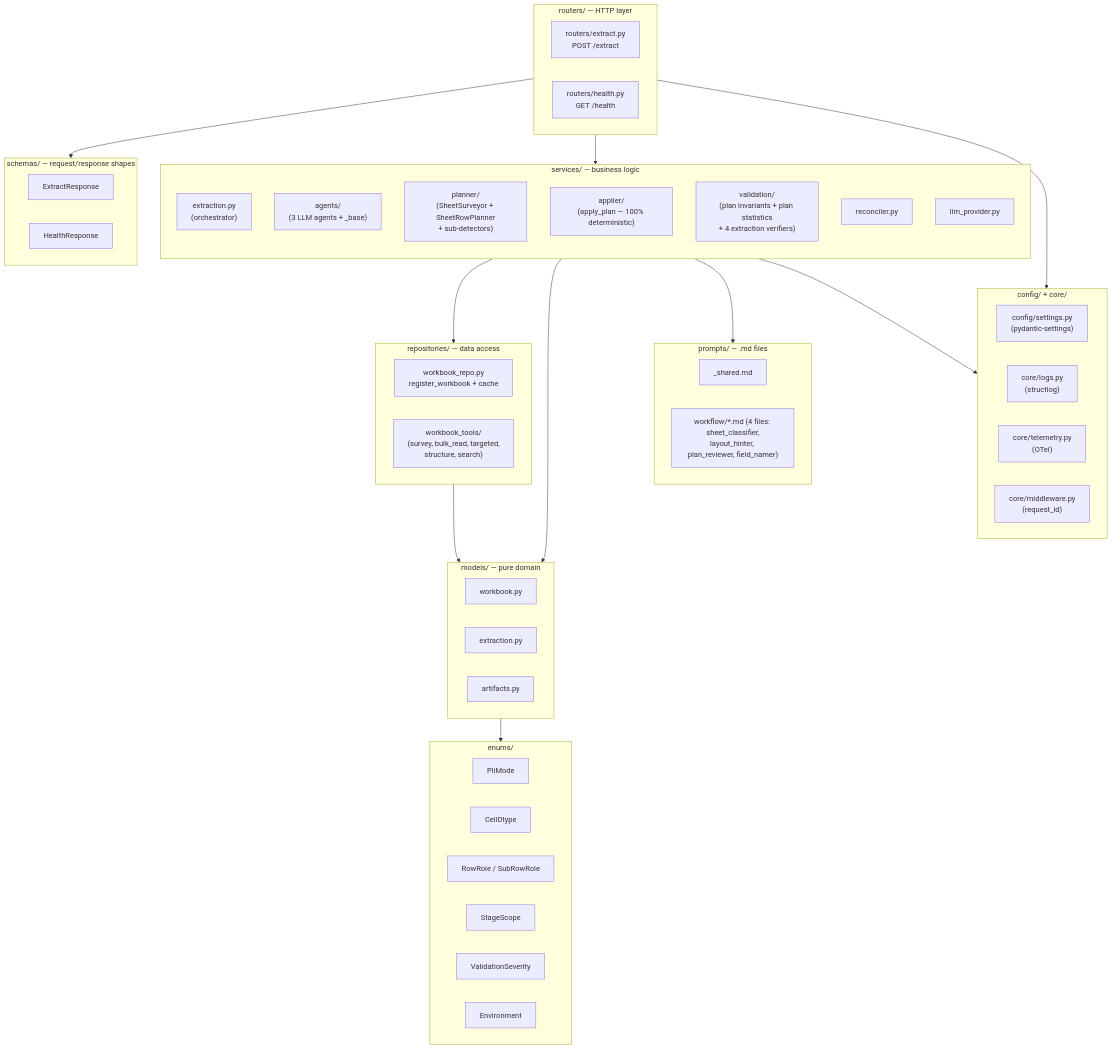
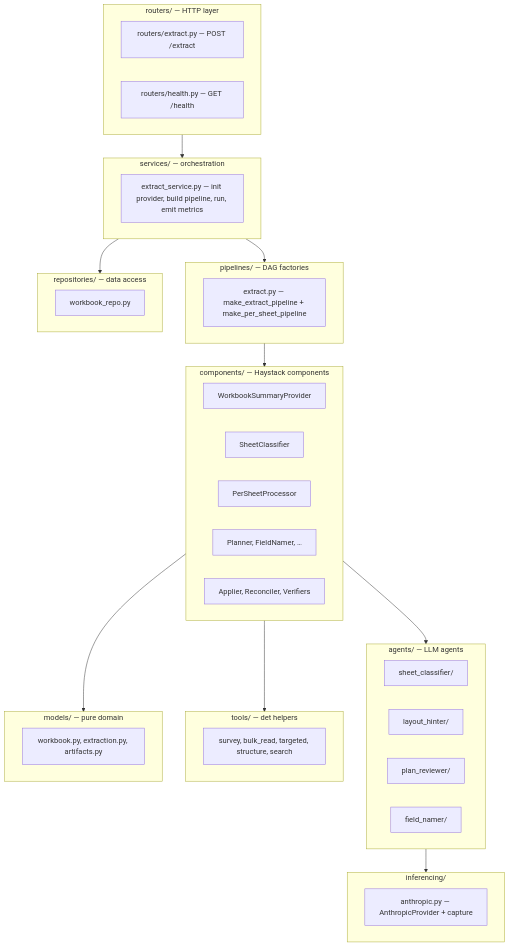
The first of 5 diagrams in ARCHITECTURE.md (DAITA-Labs/tna-service), drawn with Mermaid before and after one commit. The commit also changed other lines of this file and 27 other files, not shown here.

First line of the commit message:
refactor(services): split into service layer + retire legacy + docs

````diff
--- a/ARCHITECTURE.md
+++ b/ARCHITECTURE.md
@@ -69,65 +103,55 @@
 ```mermaid
 flowchart TB
     subgraph HTTP["routers/ — HTTP layer"]
-      H1["routers/extract.py<br/>POST /extract"]
-      H2["routers/health.py<br/>GET /health"]
+      H1["routers/extract.py — POST /extract"]
+      H2["routers/health.py — GET /health"]
     end
 
-    subgraph SCH["schemas/ — request/response shapes"]
-      S1["ExtractResponse"]
-      S2["HealthResponse"]
+    subgraph SVC["services/ — orchestration"]
+      ES["extract_service.py — init provider, build pipeline, run, emit metrics"]
     end
 
-    subgraph SVC["services/ — business logic"]
-      direction TB
-      O["extraction.py<br/>(orchestrator)"]
-      AG["agents/<br/>(3 LLM agents + _base)"]
-      PL["planner/<br/>(SheetSurveyor + SheetRowPlanner<br/>+ sub-detectors)"]
-      AP["applier/<br/>(apply_plan — 100% deterministic)"]
-      VL["validation/<br/>(plan invariants + plan statistics<br/>+ 4 extraction verifiers)"]
-      RC["reconciler.py"]
-      LL["llm_provider.py"]
+    subgraph PIPE["pipelines/ — DAG factories"]
+      PL["extract.py — make_extract_pipeline + make_per_sheet_pipeline"]
+    end
+
+    subgraph COMP["components/ — Haystack components"]
+      C1["WorkbookSummaryProvider"]
+      C2["SheetClassifier"]
+      C3["PerSheetProcessor"]
+      C4["Planner, FieldNamer, …"]
+      C5["Applier, Reconciler, Verifiers"]
+    end
+
+    subgraph AGT["agents/ — LLM agents"]
+      A1["sheet_classifier/"]
+      A2["layout_hinter/"]
+      A3["plan_reviewer/"]
+      A4["field_namer/"]
+    end
+
+    subgraph TOOLS["tools/ — det helpers"]
+      T1["survey, bulk_read, targeted, structure, search"]
+    end
+
+    subgraph INF["inferencing/"]
+      I1["anthropic.py — AnthropicProvider + capture"]
     end
 
     subgraph REPO["repositories/ — data access"]
-      R1["workbook_repo.py<br/>register_workbook + cache"]
-      R2["workbook_tools/<br/>(survey, bulk_read, targeted,<br/>structure, search)"]
+      R1["workbook_repo.py"]
     end
 
     subgraph MODELS["models/ — pure domain"]
-      M1["workbook.py"]
-      M2["extraction.py"]
-      M3["artifacts.py"]
+      M1["workbook.py, extraction.py, artifacts.py"]
     end
 
-    subgraph EN["enums/"]
-      E1["PliMode"]
-      E2["CellDtype"]
-      E3["RowRole / SubRowRole"]
-      E4["StageScope"]
-      E5["ValidationSeverity"]
-      E6["Environment"]
-    end
-
-    subgraph CFG["config/ + core/"]
-      C1["config/settings.py<br/>(pydantic-settings)"]
-      C2["core/logs.py<br/>(structlog)"]
-      C3["core/telemetry.py<br/>(OTel)"]
-      C4["core/middleware.py<br/>(request_id)"]
-    end
-
-    subgraph PROMPTS["prompts/ — .md files"]
-      P1["_shared.md"]
-      P2["workflow/*.md (4 files: sheet_classifier,<br/>layout_hinter, plan_reviewer, field_namer)"]
-    end
-
-    HTTP --> SCH
     HTTP --> SVC
+    SVC --> PIPE
+    PIPE --> COMP
+    COMP --> AGT
+    AGT --> INF
+    COMP --> TOOLS
     SVC --> REPO
-    SVC --> MODELS
-    SVC --> PROMPTS
-    REPO --> MODELS
-    MODELS --> EN
-    SVC --> CFG
-    HTTP --> CFG
+    COMP --> MODELS
 ```
````
